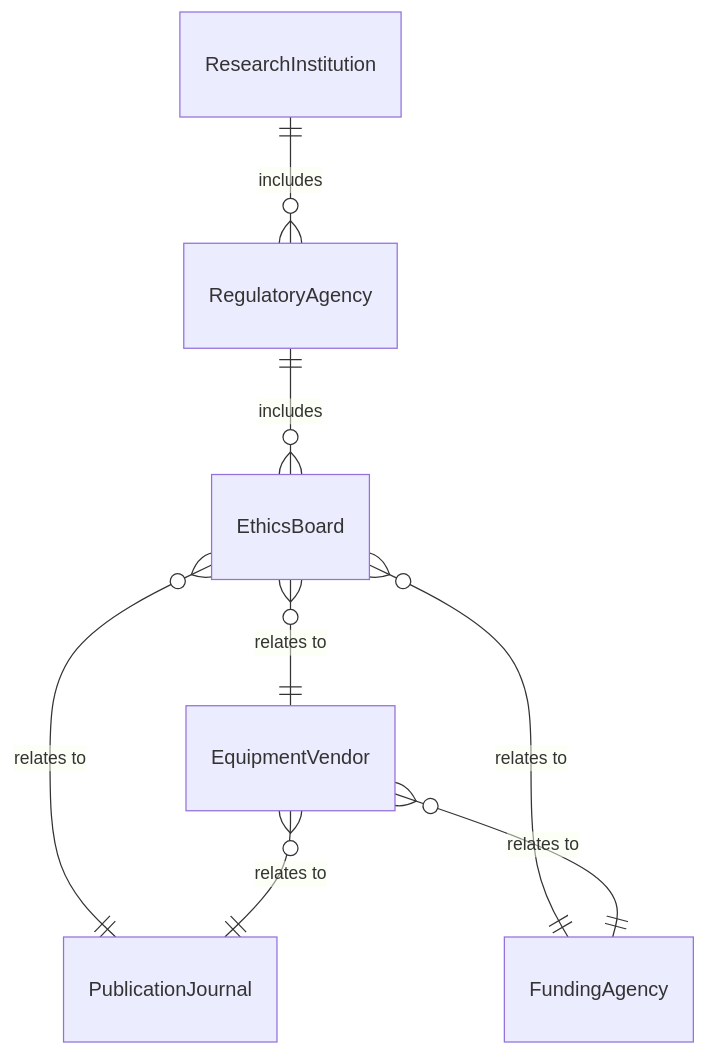
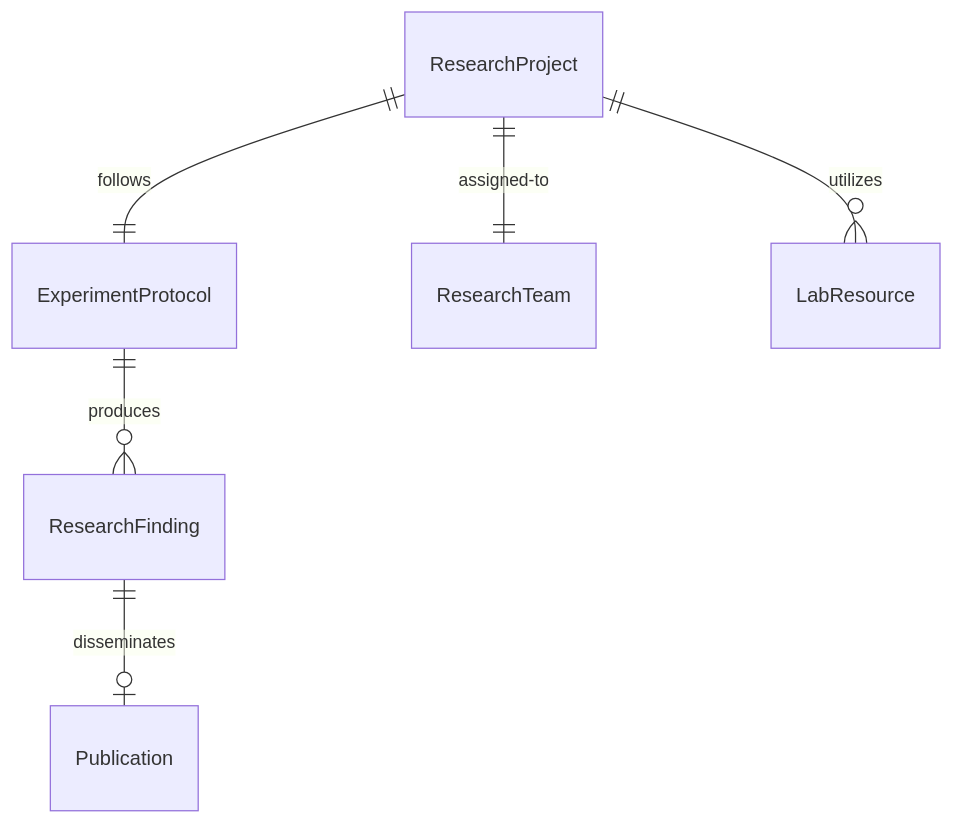
One commit to dot-org-ai/tasks.org.ai changed the first of 4 diagrams in GuidingDirectingAndMotivatingSubordinates/DirectScientificOrTechnicalActivities/DirectScientificActivities.mdx. Above: the diagram before and after it, drawn with Mermaid. The commit also changed other lines of this file and 515 other files, not shown here.

````diff
--- a/GuidingDirectingAndMotivatingSubordinates/DirectScientificOrTechnicalActivities/DirectScientificActivities.mdx
+++ b/GuidingDirectingAndMotivatingSubordinates/DirectScientificOrTechnicalActivities/DirectScientificActivities.mdx
@@ -89,10 +89,8 @@
 ```mermaid
 erDiagram
-    ResearchInstitution ||--o{ RegulatoryAgency : includes
-    RegulatoryAgency ||--o{ EthicsBoard : includes
-    EthicsBoard }o--|| EquipmentVendor : "relates to"
-    EthicsBoard }o--|| PublicationJournal : "relates to"
-    EthicsBoard }o--|| FundingAgency : "relates to"
-    EquipmentVendor }o--|| PublicationJournal : "relates to"
-    EquipmentVendor }o--|| FundingAgency : "relates to"
+    ResearchProject ||--|| ExperimentProtocol : "follows"
+    ResearchProject ||--|| ResearchTeam : "assigned-to"
+    ResearchProject ||--o{ LabResource : "utilizes"
+    ExperimentProtocol ||--o{ ResearchFinding : "produces"
+    ResearchFinding ||--o| Publication : "disseminates"
 ```
````
